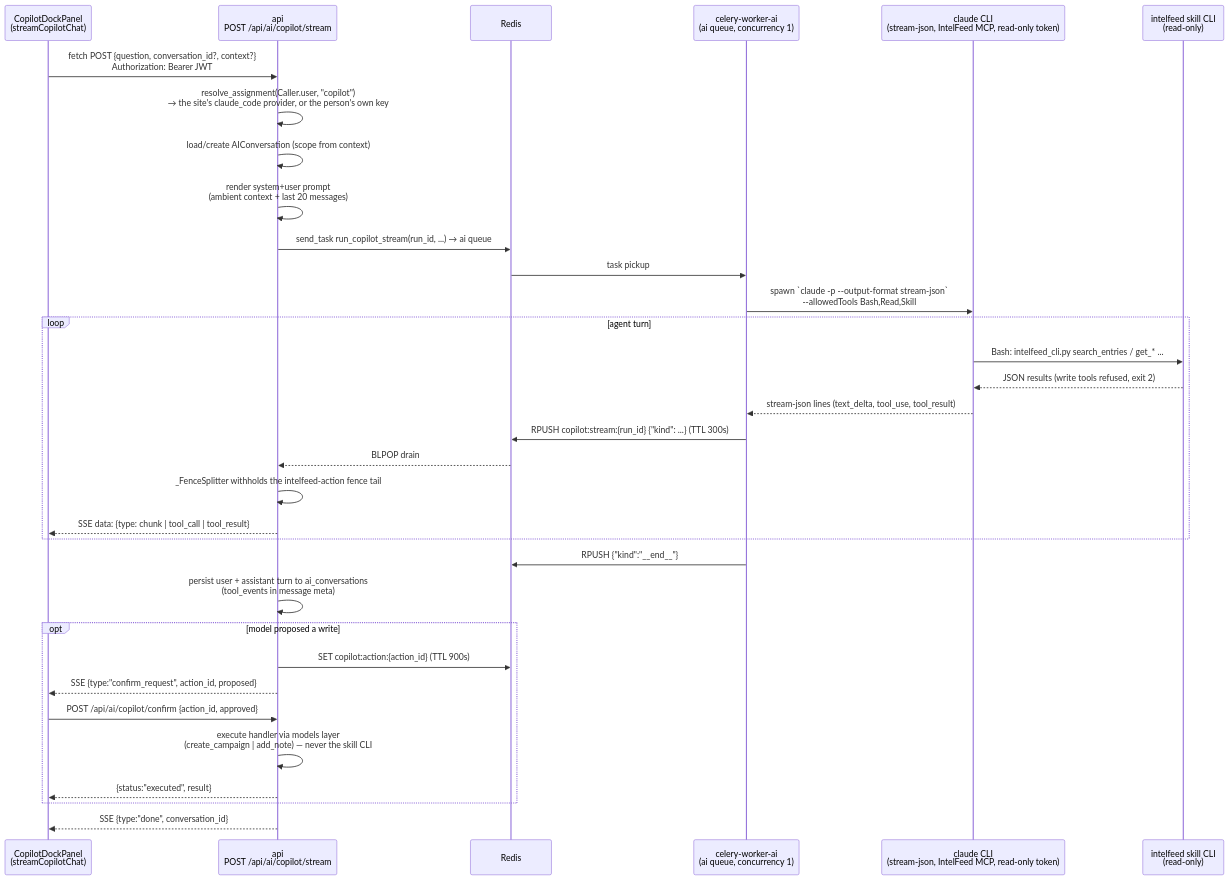
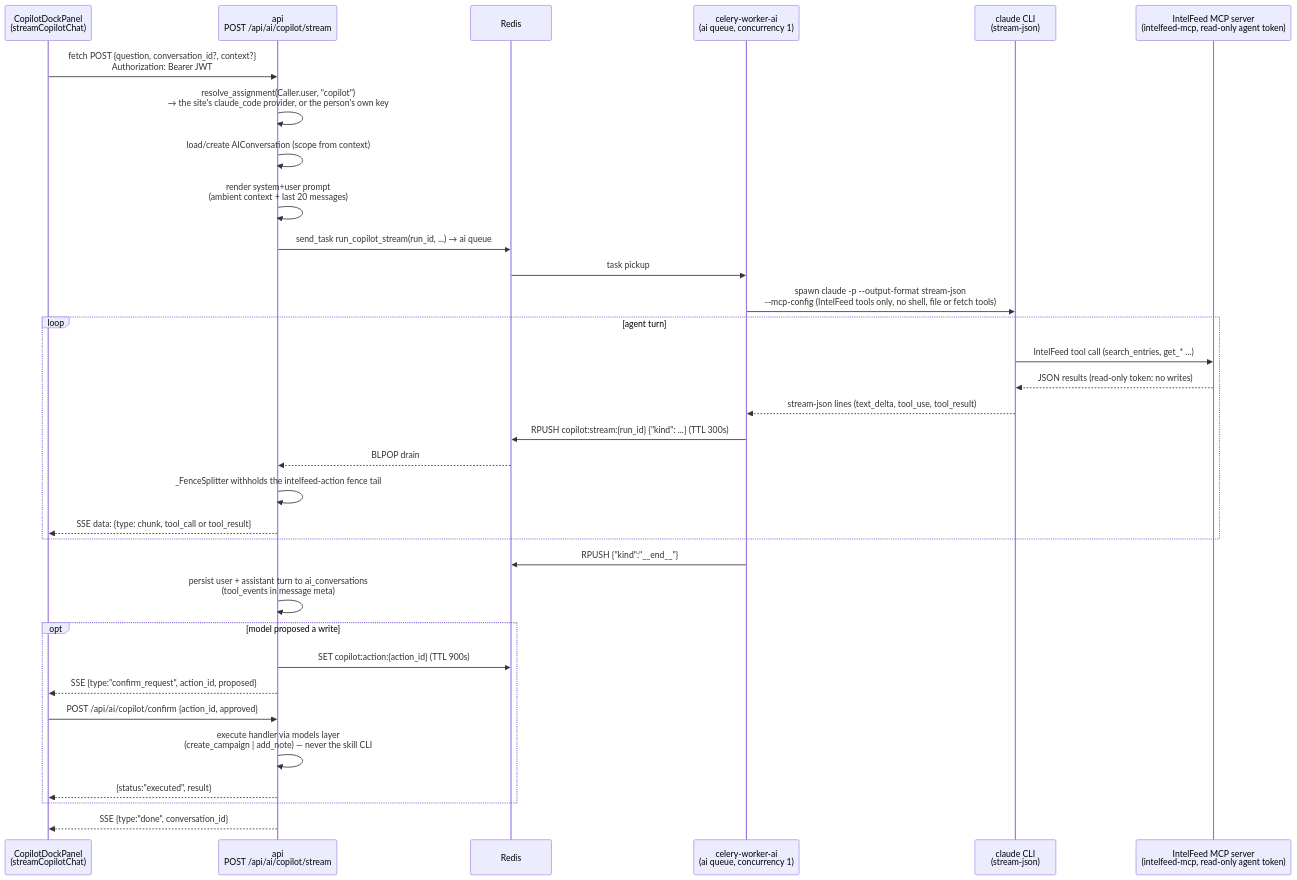
The diagram in docs/diagrams/copilot-stream-flow.md (a-oneil/IntelFeed), drawn with Mermaid before and after one commit. The commit also changed other lines of this file and 101 other files, not shown here.

````diff
--- a/docs/diagrams/copilot-stream-flow.md
+++ b/docs/diagrams/copilot-stream-flow.md
@@ -5,36 +5,36 @@
 ```mermaid
 sequenceDiagram
     participant UI as CopilotDockPanel<br/>(streamCopilotChat)
     participant API as api<br/>POST /api/ai/copilot/stream
     participant Q as Redis
     participant W as celery-worker-ai<br/>(ai queue, concurrency 1)
-    participant CLI as claude CLI<br/>(stream-json, IntelFeed MCP, read-only token)
-    participant SK as intelfeed skill CLI<br/>(read-only)
+    participant CLI as claude CLI<br/>(stream-json)
+    participant SK as IntelFeed MCP server<br/>(intelfeed-mcp, read-only agent token)
 
     UI->>API: fetch POST {question, conversation_id?, context?}<br/>Authorization: Bearer JWT
     API->>API: resolve_assignment(Caller.user, "copilot")<br/>→ the site's claude_code provider, or the person's own key
     API->>API: load/create AIConversation (scope from context)
     API->>API: render system+user prompt<br/>(ambient context + last 20 messages)
     API->>Q: send_task run_copilot_stream(run_id, ...) → ai queue
     Q->>W: task pickup
-    W->>CLI: spawn `claude -p --output-format stream-json`<br/>--allowedTools Bash,Read,Skill
+    W->>CLI: spawn claude -p --output-format stream-json<br/>--mcp-config (IntelFeed tools only, no shell, file or fetch tools)
     loop agent turn
-        CLI->>SK: Bash: intelfeed_cli.py search_entries / get_* ...
-        SK-->>CLI: JSON results (write tools refused, exit 2)
+        CLI->>SK: IntelFeed tool call (search_entries, get_* ...)
+        SK-->>CLI: JSON results (read-only token: no writes)
         CLI-->>W: stream-json lines (text_delta, tool_use, tool_result)
         W->>Q: RPUSH copilot:stream:{run_id} {"kind": ...} (TTL 300s)
         Q-->>API: BLPOP drain
         API->>API: _FenceSplitter withholds the intelfeed-action fence tail
-        API-->>UI: SSE data: {type: chunk | tool_call | tool_result}
+        API-->>UI: SSE data: {type: chunk, tool_call or tool_result}
     end
     W->>Q: RPUSH {"kind":"__end__"}
     API->>API: persist user + assistant turn to ai_conversations<br/>(tool_events in message meta)
     opt model proposed a write
         API->>Q: SET copilot:action:{action_id} (TTL 900s)
         API-->>UI: SSE {type:"confirm_request", action_id, proposed}
         UI->>API: POST /api/ai/copilot/confirm {action_id, approved}
         API->>API: execute handler via models layer<br/>(create_campaign | add_note) — never the skill CLI
         API-->>UI: {status:"executed", result}
     end
     API-->>UI: SSE {type:"done", conversation_id}
 ```
````
